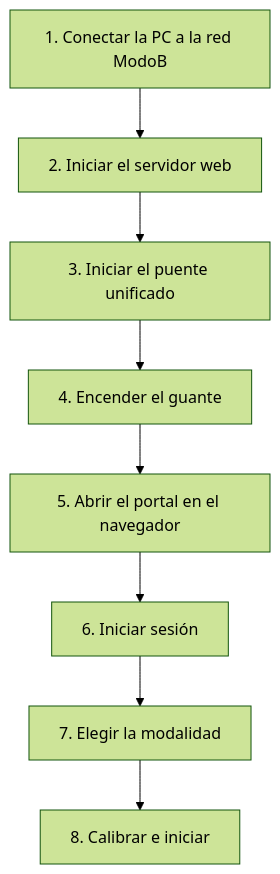
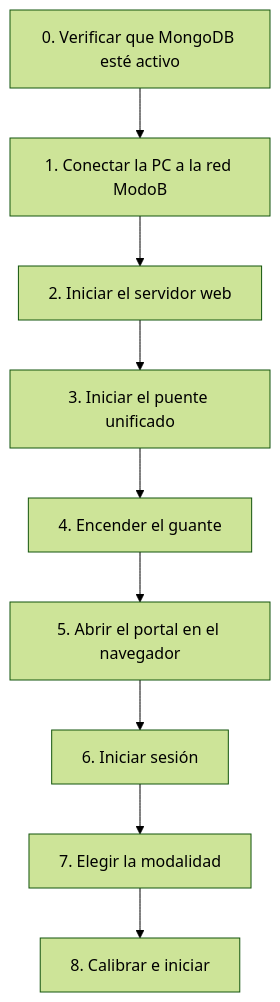
The third of 8 diagrams in README.md (Atzelcer/Nexum_AI), drawn with Mermaid (forest theme) before and after one commit. The commit also changed other lines of this file and 15 other files, not shown here.

````diff
--- a/README.md
+++ b/README.md
@@ -156,10 +216,11 @@
 ```mermaid
 flowchart TD
-    S1["1. Conectar la PC a la red ModoB"] --> S2["2. Iniciar el servidor web"]
+    S0["0. Verificar que MongoDB esté activo"] --> S1["1. Conectar la PC a la red ModoB"]
+    S1 --> S2["2. Iniciar el servidor web"]
     S2 --> S3["3. Iniciar el puente unificado"]
     S3 --> S4["4. Encender el guante"]
     S4 --> S5["5. Abrir el portal en el navegador"]
     S5 --> S6["6. Iniciar sesión"]
     S6 --> S7["7. Elegir la modalidad"]
     S7 --> S8["8. Calibrar e iniciar"]
 ```
````
